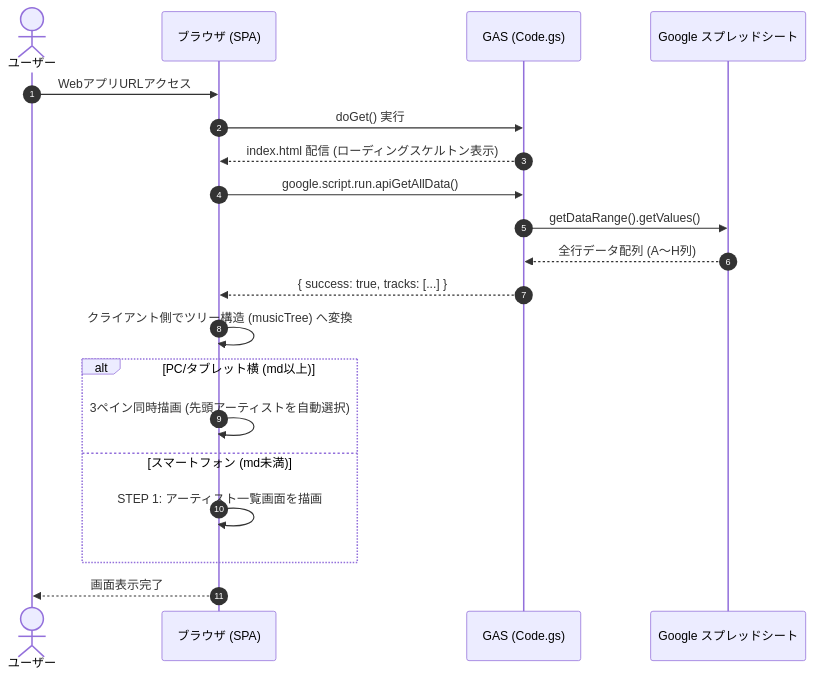
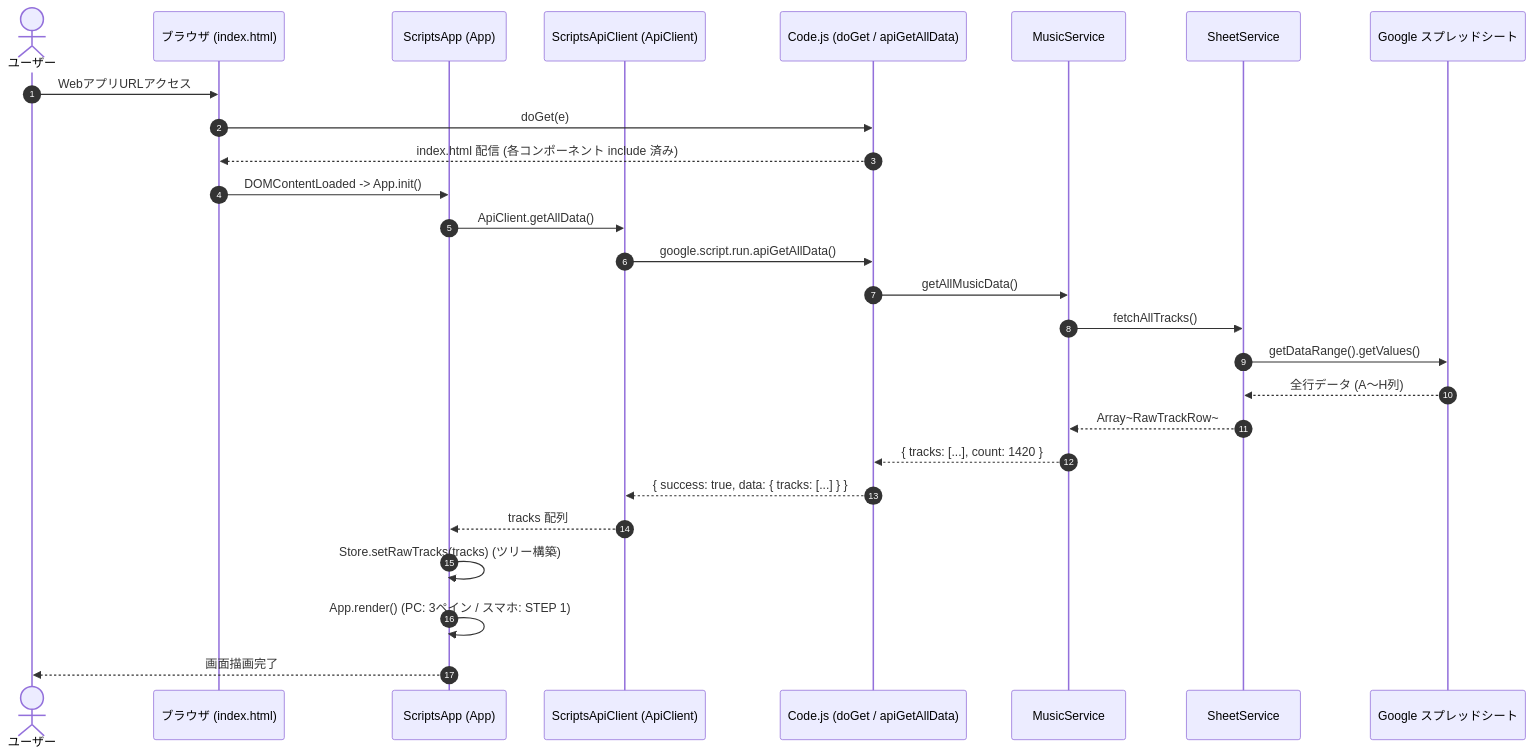
One commit to nankojin-ops/MusicInfo-app changed the sixth of 8 diagrams in docs/BASIC_DESIGN.md. Above: the diagram before and after it, drawn with Mermaid. The commit also changed other lines of this file, not shown here.

````diff
--- a/docs/BASIC_DESIGN.md
+++ b/docs/BASIC_DESIGN.md
@@ -660,23 +1092,30 @@
 ```mermaid
 sequenceDiagram
     autonumber
     actor User as ユーザー
-    participant Browser as ブラウザ (SPA)
-    participant GAS as GAS (Code.gs)
+    participant Browser as ブラウザ (index.html)
+    participant App as ScriptsApp (App)
+    participant ApiClient as ScriptsApiClient (ApiClient)
+    participant Code as Code.js (doGet / apiGetAllData)
+    participant MusicService as MusicService
+    participant SheetService as SheetService
     participant Sheet as Google スプレッドシート
 
     User->>Browser: WebアプリURLアクセス
-    Browser->>GAS: doGet() 実行
-    GAS-->>Browser: index.html 配信 (ローディングスケルトン表示)
-    Browser->>GAS: google.script.run.apiGetAllData()
-    GAS->>Sheet: getDataRange().getValues()
-    Sheet-->>GAS: 全行データ配列 (A〜H列)
-    GAS-->>Browser: { success: true, tracks: [...] }
-    Browser->>Browser: クライアント側でツリー構造 (musicTree) へ変換
-    alt PC/タブレット横 (md以上)
-        Browser->>Browser: 3ペイン同時描画 (先頭アーティストを自動選択)
-    else スマートフォン (md未満)
-        Browser->>Browser: STEP 1: アーティスト一覧画面を描画
-    end
-    Browser-->>User: 画面表示完了
+    Browser->>Code: doGet(e)
+    Code-->>Browser: index.html 配信 (各コンポーネント include 済み)
+    Browser->>App: DOMContentLoaded -> App.init()
+    App->>ApiClient: ApiClient.getAllData()
+    ApiClient->>Code: google.script.run.apiGetAllData()
+    Code->>MusicService: getAllMusicData()
+    MusicService->>SheetService: fetchAllTracks()
+    SheetService->>Sheet: getDataRange().getValues()
+    Sheet-->>SheetService: 全行データ (A〜H列)
+    SheetService-->>MusicService: Array~RawTrackRow~
+    MusicService-->>Code: { tracks: [...], count: 1420 }
+    Code-->>ApiClient: { success: true, data: { tracks: [...] } }
+    ApiClient-->>App: tracks 配列
+    App->>App: Store.setRawTracks(tracks) (ツリー構築)
+    App->>App: App.render() (PC: 3ペイン / スマホ: STEP 1)
+    App-->>User: 画面描画完了
 ```
````
